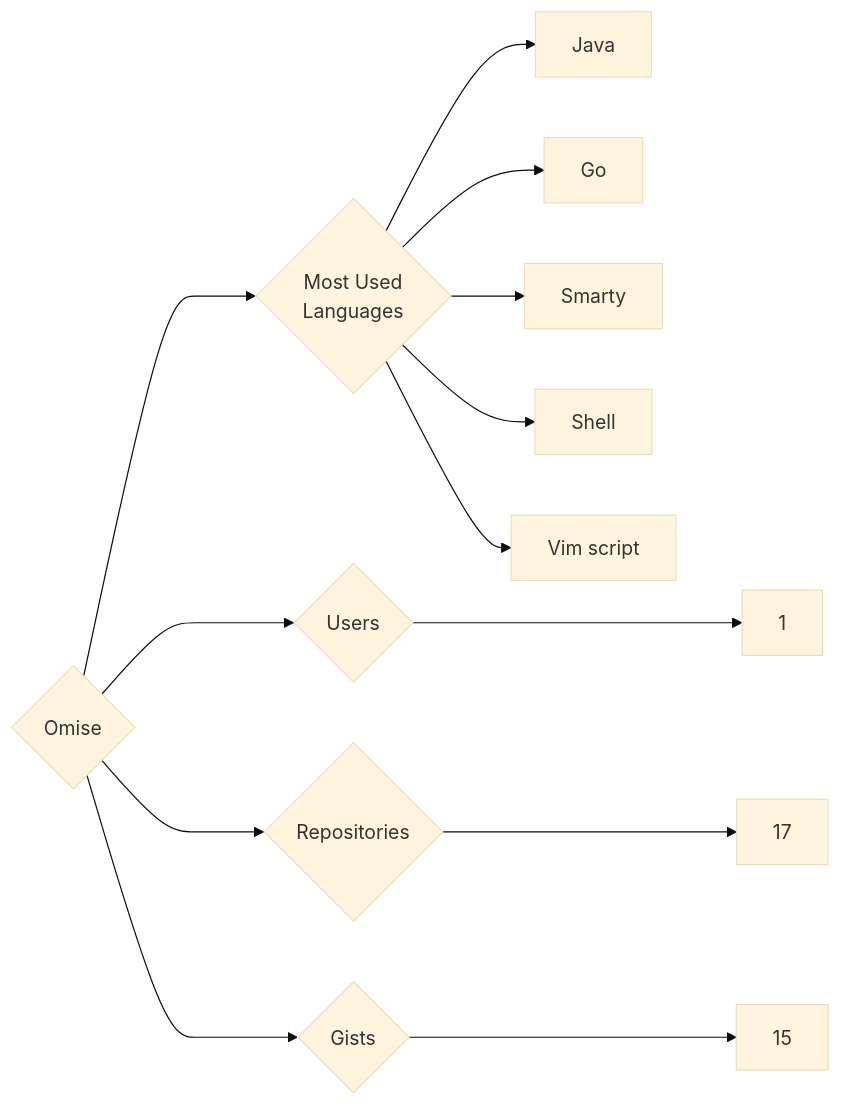
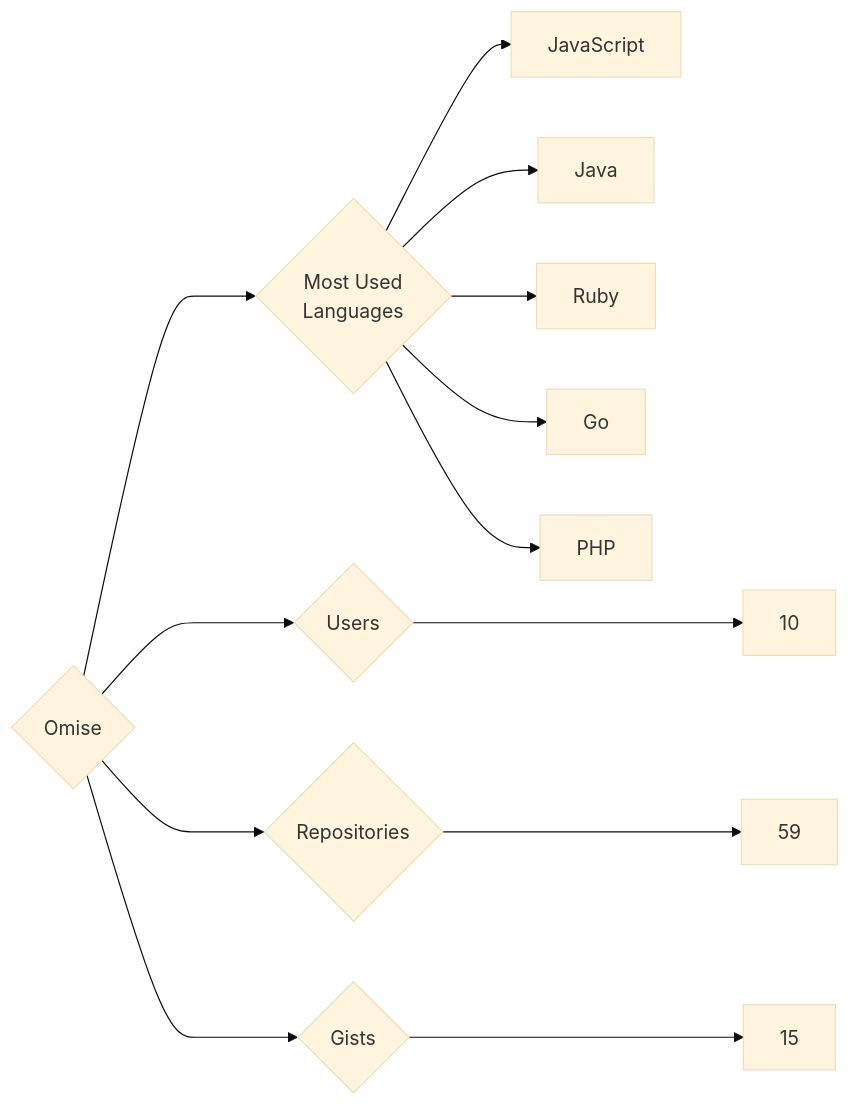
One commit to trickest/insiders changed the diagram in targets/Omise/README.md. Above: the diagram before and after it, drawn with Mermaid (base theme). The commit also changed 964 other files, not shown here.

````diff
--- a/targets/Omise/README.md
+++ b/targets/Omise/README.md
@@ -3,13 +3,13 @@
 ```mermaid
 graph LR
 COMPANY_NAME{Omise}
-COMPANY_NAME ---> U{Users} ---> UN[1]
-COMPANY_NAME ---> R{Repositories} ---> RN[17]
+COMPANY_NAME ---> U{Users} ---> UN[10]
+COMPANY_NAME ---> R{Repositories} ---> RN[59]
 COMPANY_NAME ---> G{Gists} ---> GN[15]
 COMPANY_NAME ---> ML{Most Used<br>Languages}
+ML --> JavaScript[JavaScript]
 ML --> Java[Java]
+ML --> Ruby[Ruby]
 ML --> Go[Go]
-ML --> Smarty[Smarty]
-ML --> Shell[Shell]
-ML --> Vim_script[Vim script]
+ML --> PHP[PHP]
 ```
````
